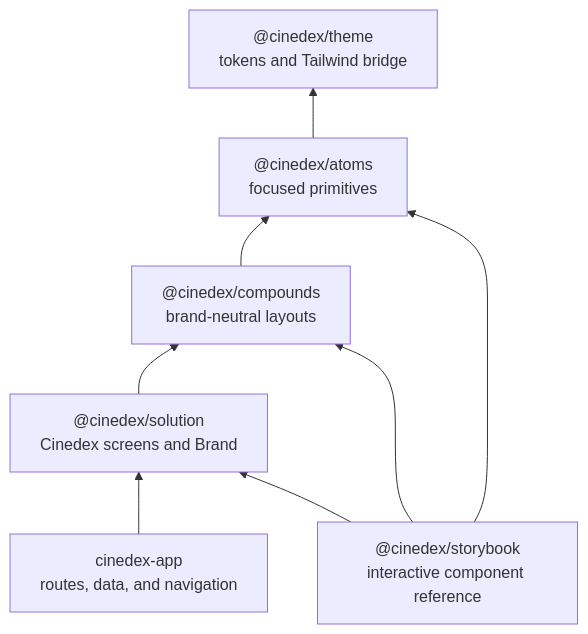
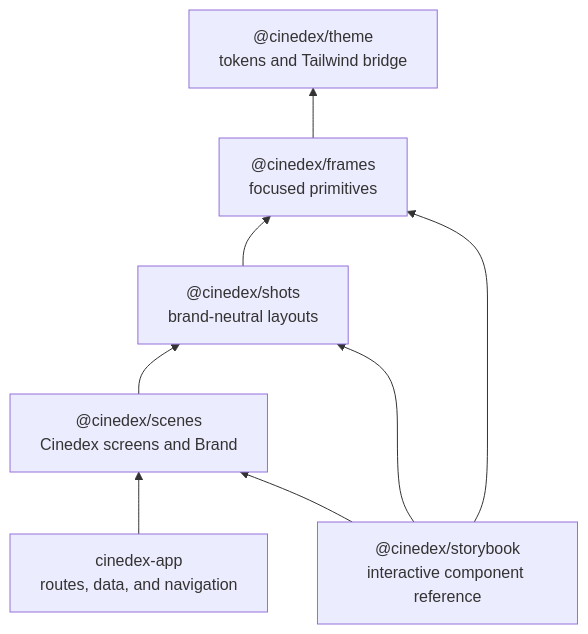
One commit to felipedferreira/Cinedex changed the diagram in frontend/apps/docs-site/docs/frontend/architecture.md. Above: the diagram before and after it, drawn with Mermaid. The commit also changed other lines of this file and 227 other files, not shown here.

Commit message:
refactor(frontend): rename component tiers to frames, shots and scenes (#86)

````diff
--- a/frontend/apps/docs-site/docs/frontend/architecture.md
+++ b/frontend/apps/docs-site/docs/frontend/architecture.md
@@ -13,17 +13,17 @@
 ```mermaid
 flowchart BT
     THEME["@cinedex/theme<br/>tokens and Tailwind bridge"]
-    ATOMS["@cinedex/atoms<br/>focused primitives"]
-    COMPOUNDS["@cinedex/compounds<br/>brand-neutral layouts"]
-    SOLUTION["@cinedex/solution<br/>Cinedex screens and Brand"]
+    FRAMES["@cinedex/frames<br/>focused primitives"]
+    SHOTS["@cinedex/shots<br/>brand-neutral layouts"]
+    SCENES["@cinedex/scenes<br/>Cinedex screens and Brand"]
     APP["cinedex-app<br/>routes, data, and navigation"]
     STORYBOOK["@cinedex/storybook<br/>interactive component reference"]
 
-    ATOMS --> THEME
-    COMPOUNDS --> ATOMS
-    SOLUTION --> COMPOUNDS
-    APP --> SOLUTION
-    STORYBOOK --> ATOMS
-    STORYBOOK --> COMPOUNDS
-    STORYBOOK --> SOLUTION
+    FRAMES --> THEME
+    SHOTS --> FRAMES
+    SCENES --> SHOTS
+    APP --> SCENES
+    STORYBOOK --> FRAMES
+    STORYBOOK --> SHOTS
+    STORYBOOK --> SCENES
 ```
````
